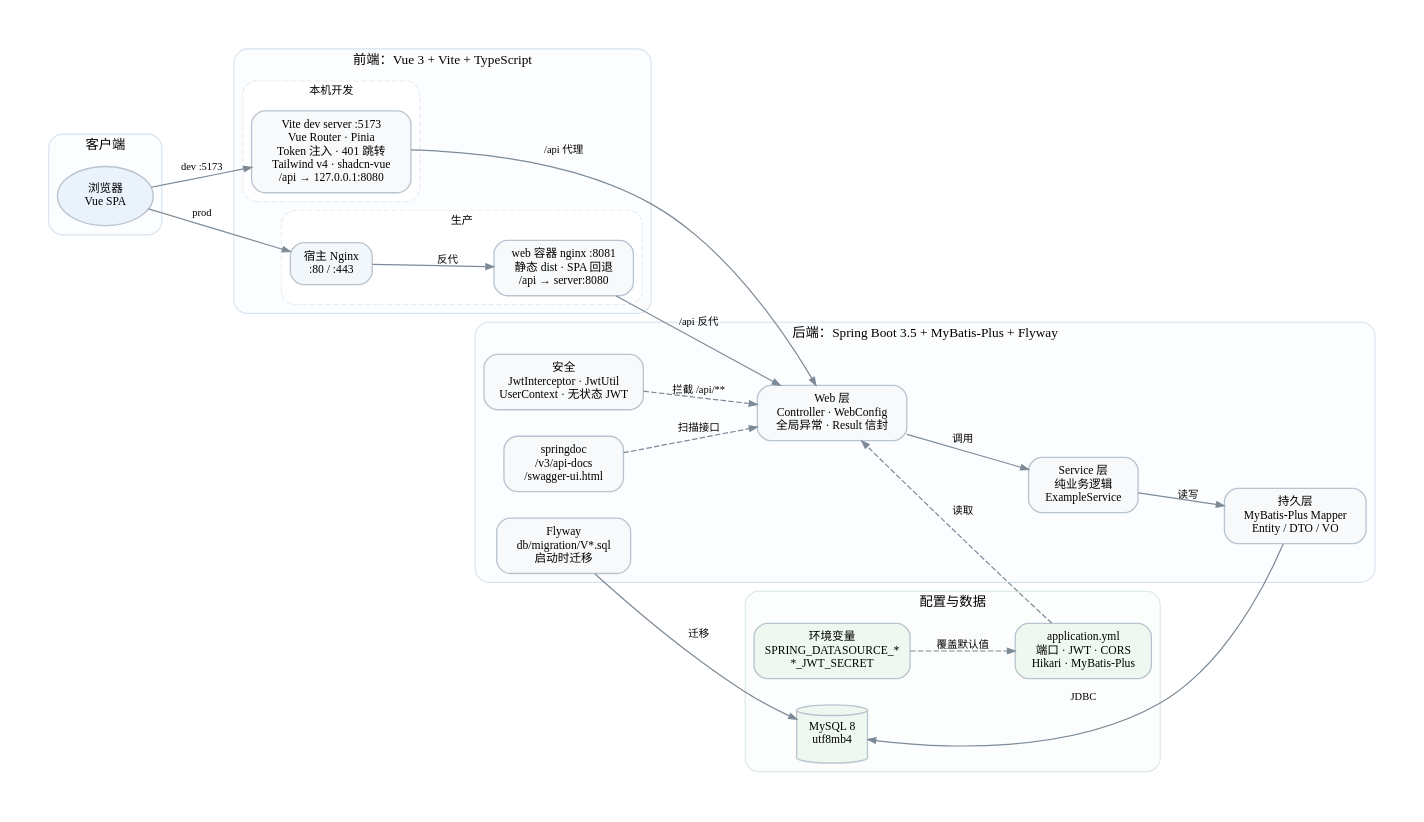
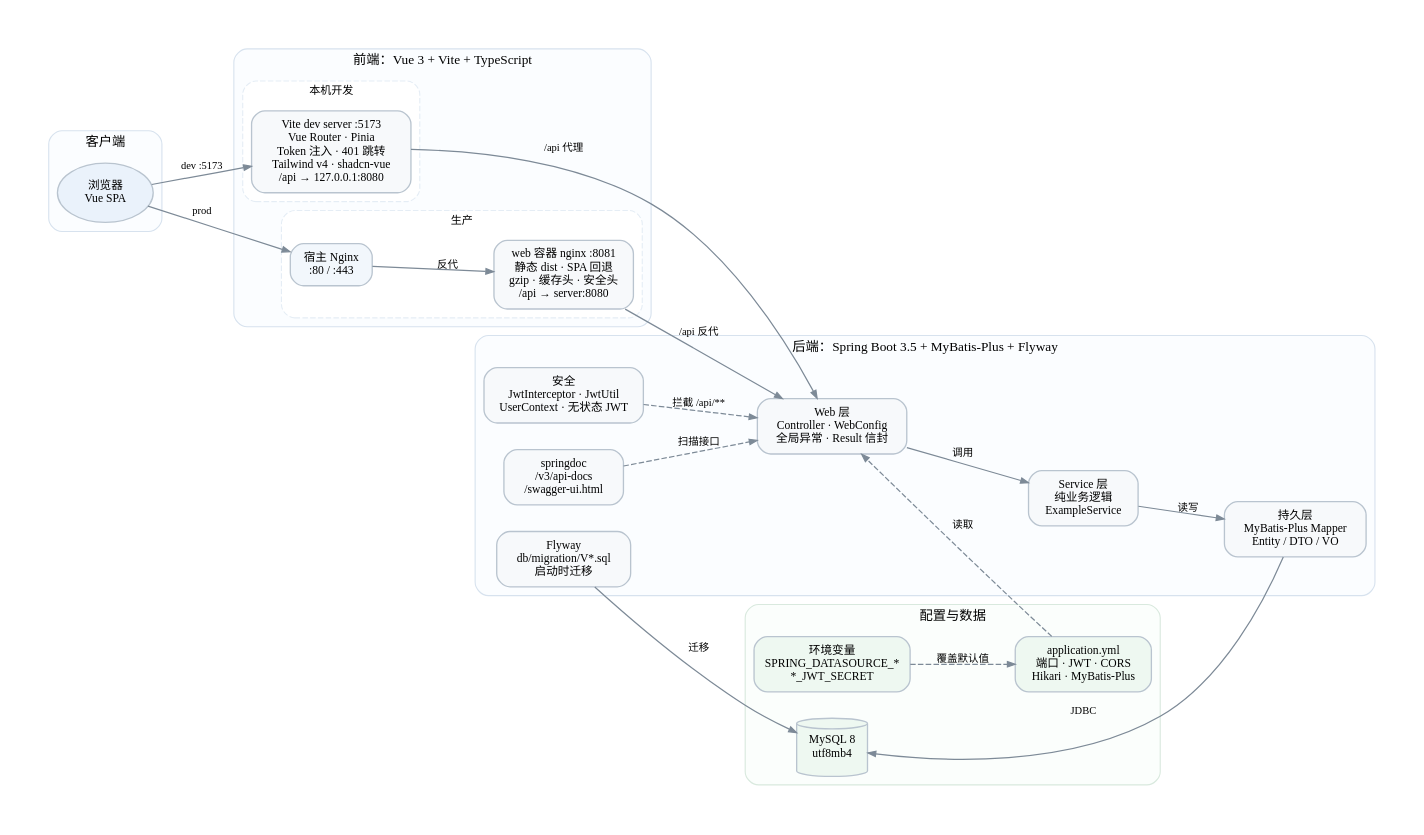
One commit to hhh666hhh666/project-scaffold changed the diagram in references/architecture-runtime.dot. Above: the diagram before and after it, drawn with Graphviz. The commit also changed 5 other files, not shown here.

```diff
--- a/references/architecture-runtime.dot
+++ b/references/architecture-runtime.dot
@@ -1,104 +1,104 @@
 digraph runtime {
   graph [
     rankdir=LR,
     fontname="Microsoft YaHei",
     fontsize=13,
     bgcolor="#ffffff",
     pad=0.4,
     nodesep=0.34,
     ranksep=0.62,
     splines=spline
   ];
   node [
     shape=box,
     style="rounded,filled",
     fontname="Microsoft YaHei",
     fontsize=10.5,
     color="#b9c4cf",
     fillcolor="#f7f9fb",
     penwidth=1.2,
     margin="0.14,0.10"
   ];
   edge [
     color="#7d8a97",
     fontname="Microsoft YaHei",
     fontsize=9.5,
     arrowsize=0.7,
     penwidth=1.1
   ];
 
   subgraph cluster_client {
     label="客户端";
     fontsize=12;
     color="#d7e2ee";
     style="rounded,filled";
     fillcolor="#fbfdff";
     browser [label="浏览器\nVue SPA", shape=oval, fillcolor="#eaf2fb"];
   }
 
   subgraph cluster_frontend {
     label="前端：Vue 3 + Vite + TypeScript";
     fontsize=12;
     color="#d7e2ee";
     style="rounded,filled";
     fillcolor="#fbfdff";
 
     subgraph cluster_dev {
       label="本机开发";
       fontsize=10;
       color="#e5edf5";
       style="rounded,dashed";
       vite [label="Vite dev server :5173\nVue Router · Pinia\nToken 注入 · 401 跳转\nTailwind v4 · shadcn-vue\n/api → 127.0.0.1:8080"];
     }
 
     subgraph cluster_prod {
       label="生产";
       fontsize=10;
       color="#e5edf5";
       style="rounded,dashed";
       host [label="宿主 Nginx\n:80 / :443", fillcolor="#f2f7fc"];
-      web [label="web 容器 nginx :8081\n静态 dist · SPA 回退\n/api → server:8080"];
+      web [label="web 容器 nginx :8081\n静态 dist · SPA 回退\ngzip · 缓存头 · 安全头\n/api → server:8080"];
     }
   }
 
   subgraph cluster_backend {
     label="后端：Spring Boot 3.5 + MyBatis-Plus + Flyway";
     fontsize=12;
     color="#d7e2ee";
     style="rounded,filled";
     fillcolor="#fbfdff";
 
     web_layer [label="Web 层\nController · WebConfig\n全局异常 · Result 信封"];
     security [label="安全\nJwtInterceptor · JwtUtil\nUserContext · 无状态 JWT"];
     service [label="Service 层\n纯业务逻辑\nExampleService"];
     mapper [label="持久层\nMyBatis-Plus Mapper\nEntity / DTO / VO"];
     flyway [label="Flyway\ndb/migration/V*.sql\n启动时迁移"];
     api_docs [label="springdoc\n/v3/api-docs\n/swagger-ui.html"];
   }
 
   subgraph cluster_config {
     label="配置与数据";
     fontsize=12;
     color="#d9e9de";
     style="rounded,filled";
     fillcolor="#fbfefc";
     yml [label="application.yml\n端口 · JWT · CORS\nHikari · MyBatis-Plus", fillcolor="#eef8f1"];
     env [label="环境变量\nSPRING_DATASOURCE_*\n*_JWT_SECRET", fillcolor="#eef8f1"];
     mysql [label="MySQL 8\nutf8mb4", shape=cylinder, fillcolor="#eef8f1"];
   }
 
   browser -> vite [label="dev :5173"];
   browser -> host [label="prod"];
   host -> web [label="反代"];
   vite -> web_layer [label="/api 代理"];
   web -> web_layer [label="/api 反代"];
 
   web_layer -> service [label="调用"];
   service -> mapper [label="读写"];
   mapper -> mysql [label="JDBC"];
   flyway -> mysql [label="迁移"];
   security -> web_layer [style=dashed, label="拦截 /api/**"];
   api_docs -> web_layer [style=dashed, label="扫描接口"];
   yml -> web_layer [style=dashed, label="读取"];
   env -> yml [style=dashed, label="覆盖默认值"];
 }
```
